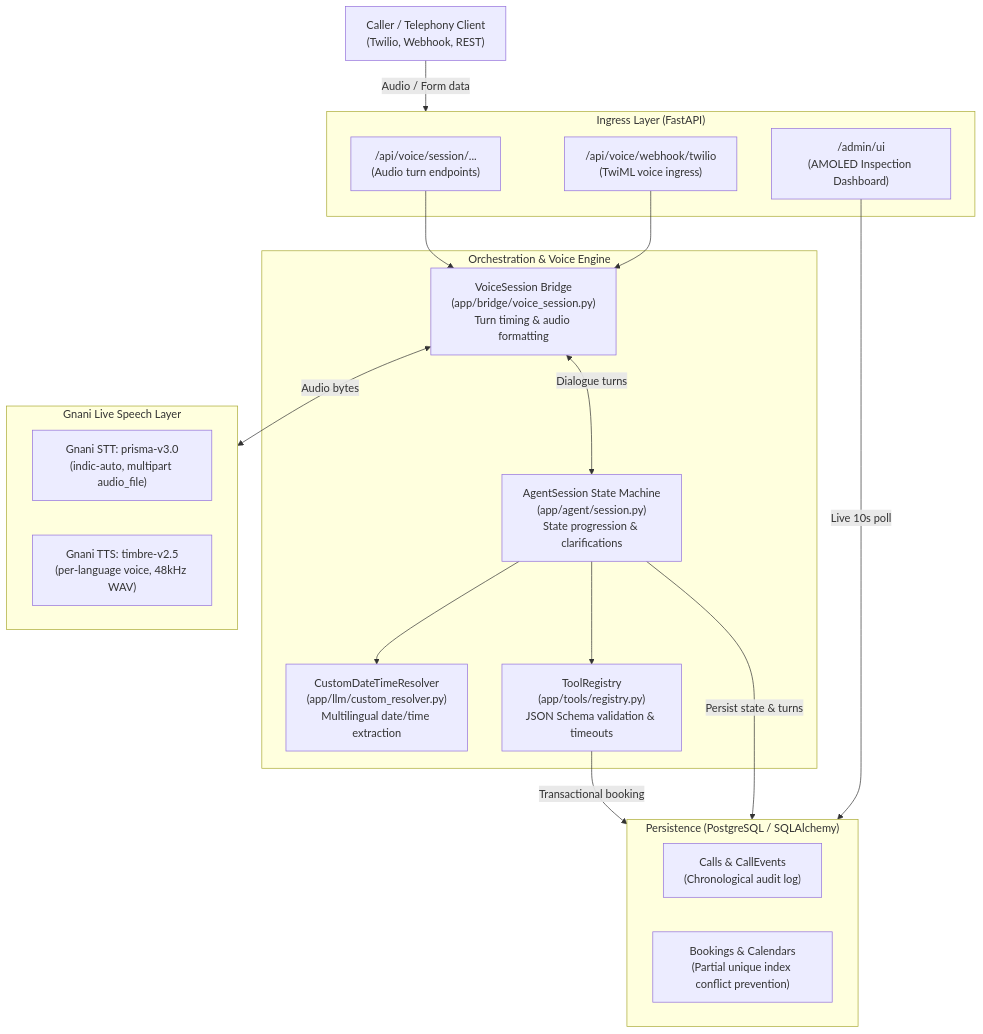
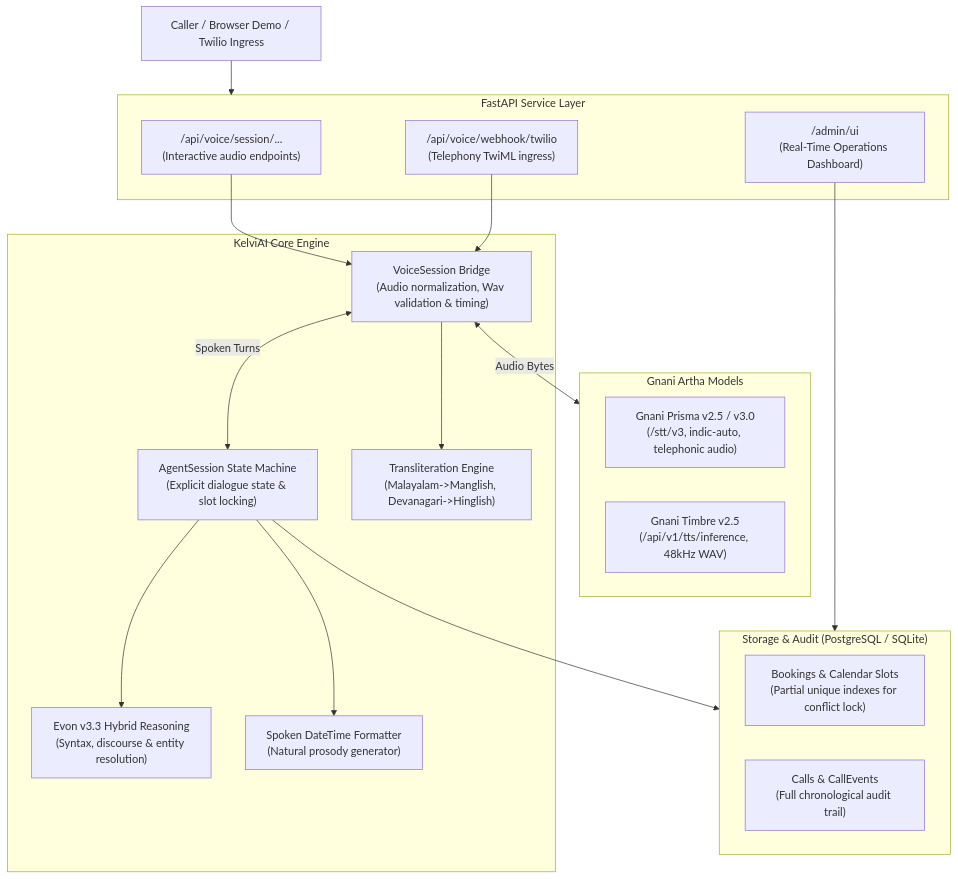
Before and after one commit to evinbrijesh/kelviAI: the second of 2 diagrams in README.md, drawn with Mermaid. The commit also changed other lines of this file, not shown here.

Commit message:
docs: upgrade README to highlight KelviAI, Artha Sovereign Triad, and hybrid architecture

````diff
--- a/README.md
+++ b/README.md
@@ -11,38 +85,39 @@
 ```mermaid
 flowchart TD
-    Caller["Caller / Telephony Client\n(Twilio, Webhook, REST)"]
+    Caller["Caller / Browser Demo / Twilio Ingress"]
     
-    subgraph Ingress ["Ingress Layer (FastAPI)"]
-        VoiceAPI["/api/voice/session/...\n(Audio turn endpoints)"]
-        TwilioWebhook["/api/voice/webhook/twilio\n(TwiML voice ingress)"]
-        AdminUI["/admin/ui\n(AMOLED Inspection Dashboard)"]
+    subgraph Ingress ["FastAPI Service Layer"]
+        VoiceAPI["/api/voice/session/...\n(Interactive audio endpoints)"]
+        TwilioHook["/api/voice/webhook/twilio\n(Telephony TwiML ingress)"]
+        AdminUI["/admin/ui\n(Real-Time Operations Dashboard)"]
     end
     
-    subgraph Engine ["Orchestration & Voice Engine"]
-        VoiceSession["VoiceSession Bridge\n(app/bridge/voice_session.py)\nTurn timing & audio formatting"]
-        AgentSession["AgentSession State Machine\n(app/agent/session.py)\nState progression & clarifications"]
-        Resolver["CustomDateTimeResolver\n(app/llm/custom_resolver.py)\nMultilingual date/time extraction"]
-        Registry["ToolRegistry\n(app/tools/registry.py)\nJSON Schema validation & timeouts"]
+    subgraph CoreEngine ["KelviAI Core Engine"]
+        VoiceBridge["VoiceSession Bridge\n(Audio normalization, Wav validation & timing)"]
+        Translit["Transliteration Engine\n(Malayalam->Manglish, Devanagari->Hinglish)"]
+        SpokenDate["Spoken DateTime Formatter\n(Natural prosody generator)"]
+        AgentSession["AgentSession State Machine\n(Explicit dialogue state & slot locking)"]
+        EvonEngine["Evon v3.3 Hybrid Reasoning\n(Syntax, discourse & entity resolution)"]
     end
     
-    subgraph SpeechLayer ["Gnani Live Speech Layer"]
-        STT["Gnani STT: prisma-v3.0\n(indic-auto, multipart audio_file)"]
-        TTS["Gnani TTS: timbre-v2.5\n(per-language voice, 48kHz WAV)"]
+    subgraph SovereignSpeech ["Gnani Artha Models"]
+        STT["Gnani Prisma v2.5 / v3.0\n(/stt/v3, indic-auto, telephonic audio)"]
+        TTS["Gnani Timbre v2.5\n(/api/v1/tts/inference, 48kHz WAV)"]
     end
     
-    subgraph Storage ["Persistence (PostgreSQL / SQLAlchemy)"]
-        DBCalls["Calls & CallEvents\n(Chronological audit log)"]
-        DBBookings["Bookings & Calendars\n(Partial unique index conflict prevention)"]
+    subgraph Persistence ["Storage & Audit (PostgreSQL / SQLite)"]
+        DBBookings["Bookings & Calendar Slots\n(Partial unique indexes for conflict lock)"]
+        DBCalls["Calls & CallEvents\n(Full chronological audit trail)"]
     end
     
-    Caller -->|Audio / Form data| Ingress
-    VoiceAPI --> VoiceSession
-    TwilioWebhook --> VoiceSession
-    VoiceSession <-->|Audio bytes| SpeechLayer
-    VoiceSession <-->|Dialogue turns| AgentSession
-    AgentSession --> Resolver
-    AgentSession --> Registry
-    Registry -->|Transactional booking| Storage
-    AgentSession -->|Persist state & turns| Storage
-    AdminUI -->|Live 10s poll| Storage
+    Caller --> Ingress
+    VoiceAPI --> VoiceBridge
+    TwilioHook --> VoiceBridge
+    VoiceBridge <-->|Audio Bytes| SovereignSpeech
+    VoiceBridge <-->|Spoken Turns| AgentSession
+    AgentSession --> EvonEngine
+    AgentSession --> SpokenDate
+    VoiceBridge --> Translit
+    AgentSession --> Persistence
+    AdminUI --> Persistence
 ```
````
